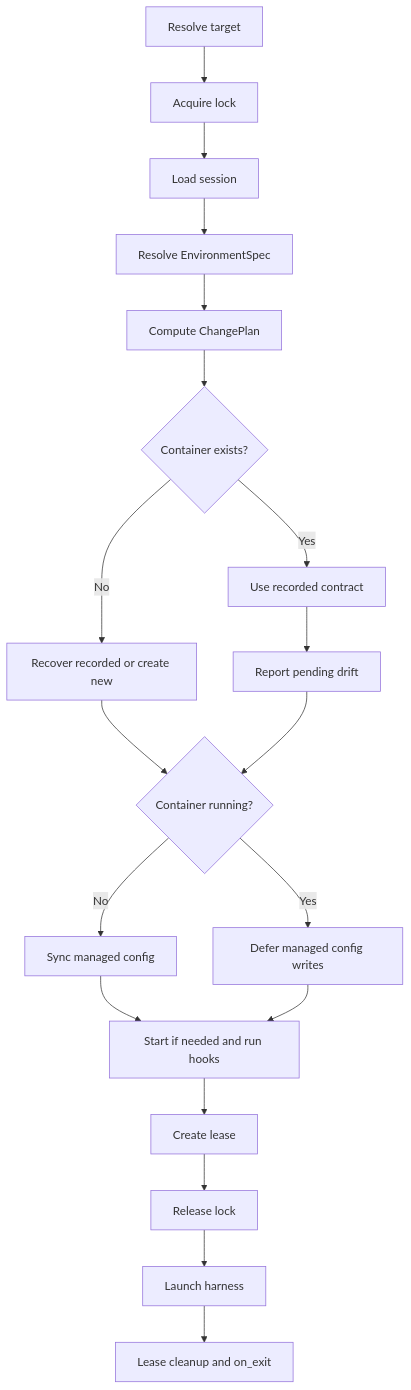
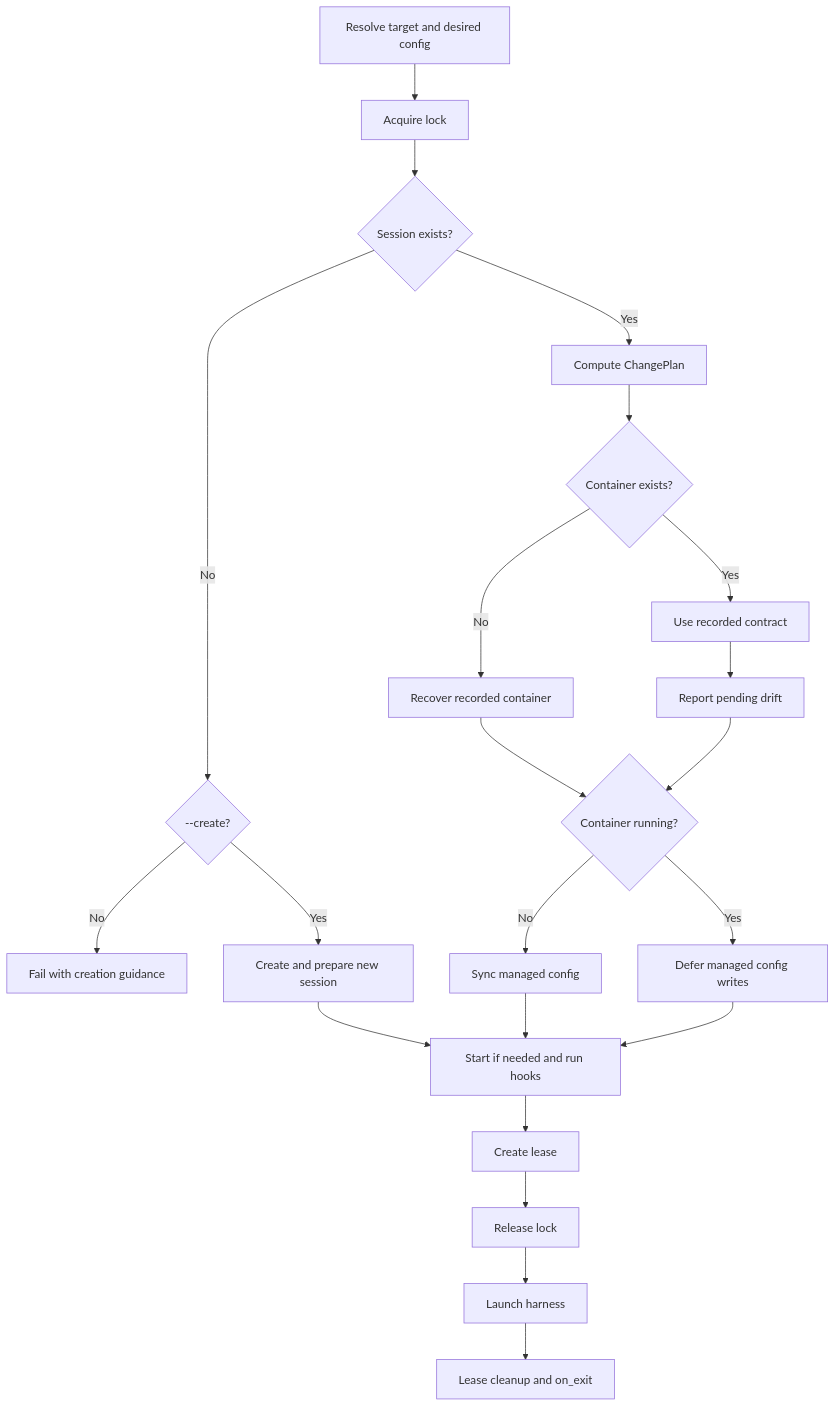
Before and after one commit to pip12345/devbox-neo: the second of 2 diagrams in docs/dev/rewrite-plan.md, drawn with Mermaid. The commit also changed other lines of this file and 24 other files, not shown here.

Commit message:
Make new environment creation explicit

````diff
--- a/docs/dev/rewrite-plan.md
+++ b/docs/dev/rewrite-plan.md
@@ -1129,21 +1132,24 @@
 ```mermaid
 flowchart TD
-    A[Resolve target] --> B[Acquire lock]
-    B --> C[Load session]
-    C --> D[Resolve EnvironmentSpec]
-    D --> E[Compute ChangePlan]
+    A[Resolve target and desired config] --> B[Acquire lock]
+    B --> C{Session exists?}
+    C -->|No| D{--create?}
+    D -->|No| X[Fail with creation guidance]
+    D -->|Yes| Y[Create and prepare new session]
+    C -->|Yes| E[Compute ChangePlan]
     E --> F{Container exists?}
-    F -->|No| G[Recover recorded or create new]
+    F -->|No| G[Recover recorded container]
     F -->|Yes| H[Use recorded contract]
     H --> I[Report pending drift]
     G --> J{Container running?}
+    Y --> K
     I --> J
     J -->|No| S[Sync managed config]
     J -->|Yes| T[Defer managed config writes]
     S --> K[Start if needed and run hooks]
     T --> K
     K --> L[Create lease]
     L --> M[Release lock]
     M --> N[Launch harness]
     N --> O[Lease cleanup and on_exit]
 ```
````
